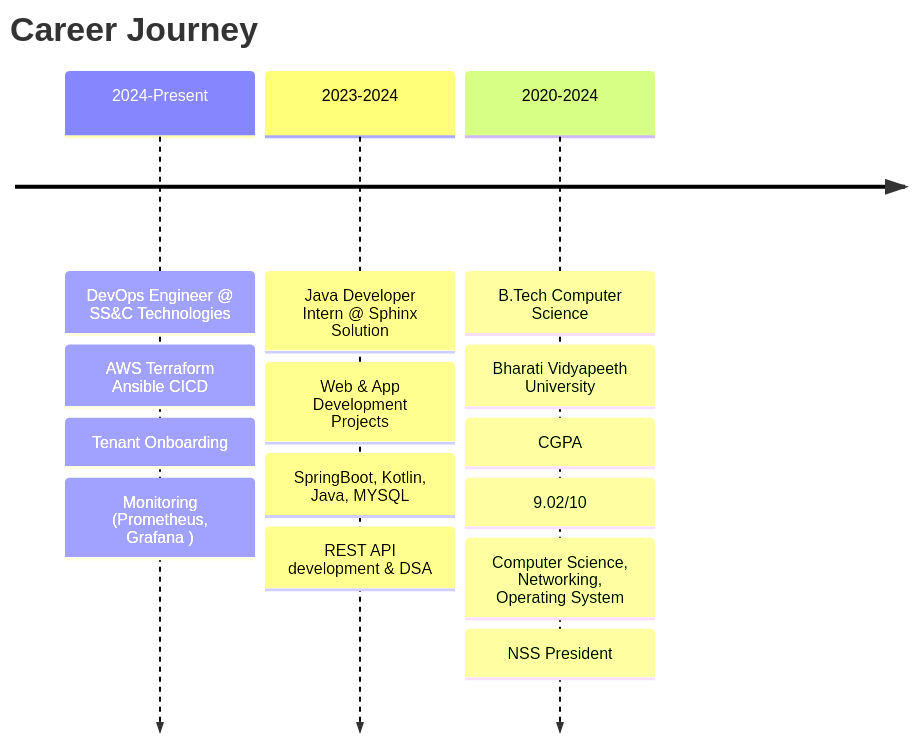
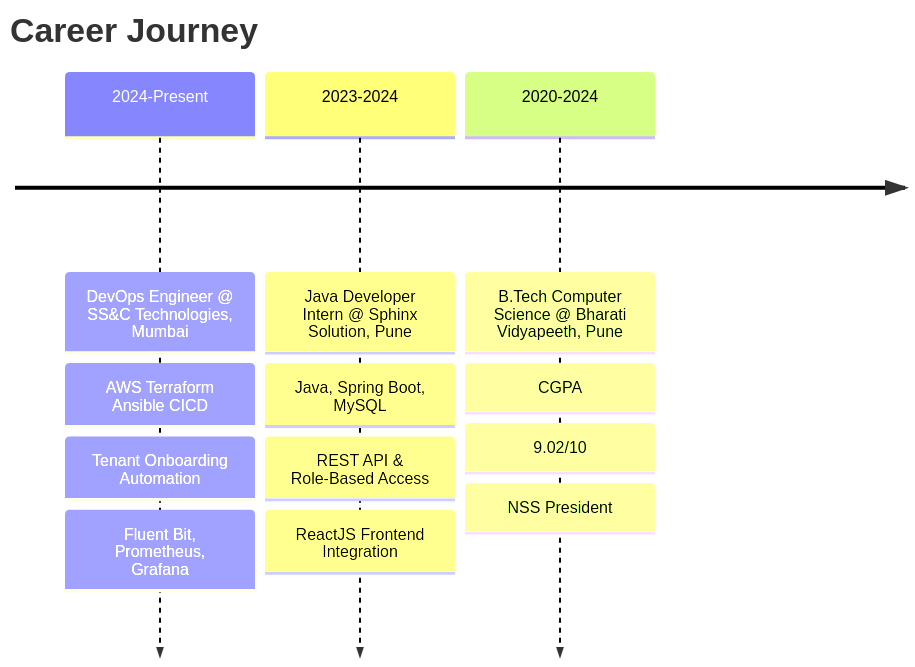
One commit to Ronak083/Ronak083 changed the diagram in README.md. Above: the diagram before and after it, drawn with Mermaid. The commit also changed other lines of this file, not shown here.

````diff
--- a/README.md
+++ b/README.md
@@ -129,19 +139,18 @@
 ```mermaid
 timeline
     title Career Journey
     
-    2024-Present : DevOps Engineer @ SS&C Technologies
+    2024-Present : DevOps Engineer @ SS&C Technologies, Mumbai
                  : AWS Terraform Ansible CICD
-                 : Tenant Onboarding 
-                 : Monitoring (Prometheus, Grafana )
+                 : Tenant Onboarding Automation
+                 : Fluent Bit, Prometheus, Grafana
 
-    2023-2024    : Java Developer Intern @ Sphinx Solution
-                 : Web & App Development Projects
-                 : SpringBoot, Kotlin, Java, MYSQL
-                 : REST API development & DSA
+    2023-2024    : Java Developer Intern @ Sphinx Solution, Pune
+                 : Java, Spring Boot, MySQL
+                 : REST API & Role-Based Access
+                 : ReactJS Frontend Integration
                  
-    2020-2024    : B.Tech Computer Science
-                 : Bharati Vidyapeeth University: CGPA: 9.02/10
-                 : Computer Science, Networking, Operating System 
+    2020-2024    : B.Tech Computer Science @ Bharati Vidyapeeth, Pune
+                 : CGPA: 9.02/10
                  : NSS President
 ```
````
